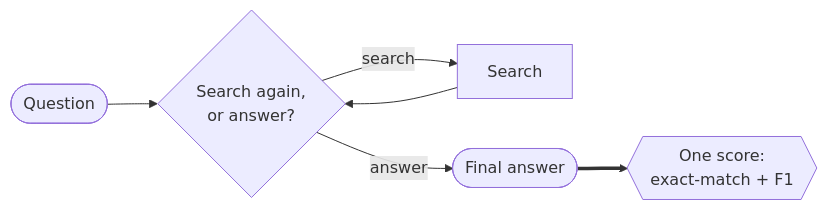
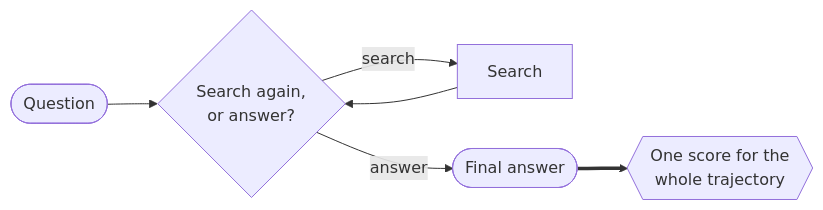
The second of 6 diagrams in README.md (redswimmer/turn-level-rewards), drawn with Mermaid before and after one commit. The commit also changed other lines of this file and 5 other files, not shown here.

````diff
--- a/README.md
+++ b/README.md
@@ -75,8 +70,8 @@
 ```mermaid
 flowchart LR
     Q1(["Question"]) --> D1{"Search again,<br/>or answer?"}
     D1 -- search --> S1["Search"]
     S1 --> D1
     D1 -- answer --> A1(["Final answer"])
-    A1 ==> R1{{"One score:<br/>exact-match + F1"}}
+    A1 ==> R1{{"One score for the<br/>whole trajectory"}}
 ```
````
